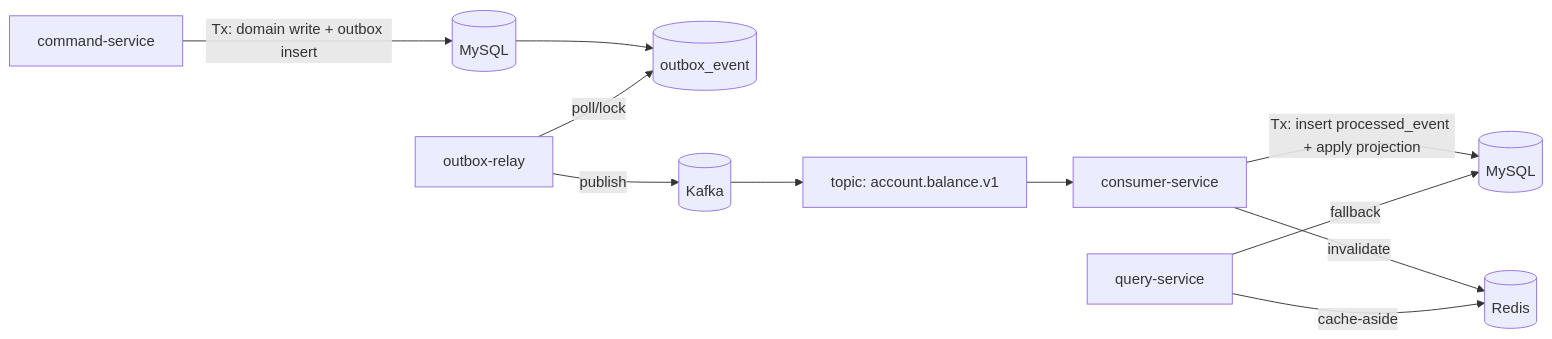
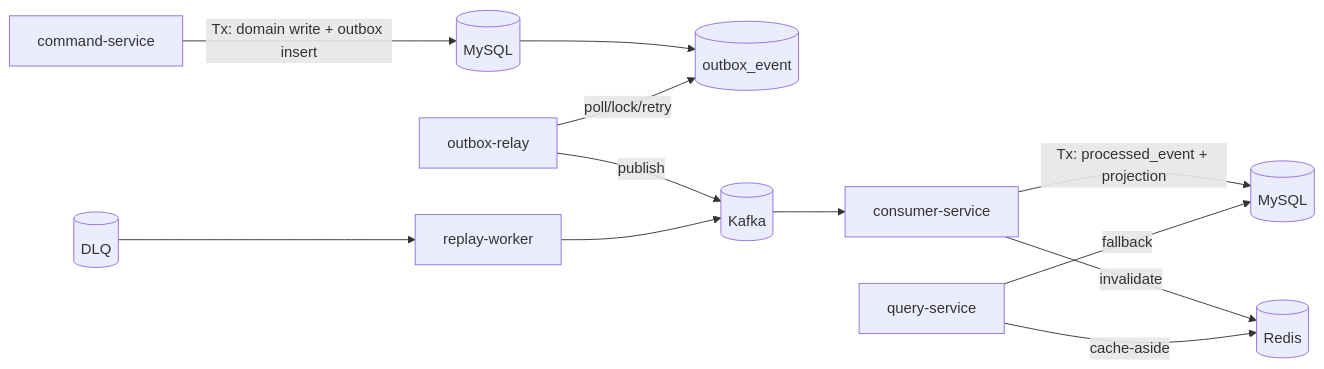
Before and after one commit to devOceanblue/distributed-systems-reliability-lab: the diagram in ARCHITECTURE.md, drawn with Mermaid. The commit also changed other lines of this file and 15 other files, not shown here.

Commit message:
docs: align core lab docs with current phase-0 status and backlog roadmap

````diff
--- a/ARCHITECTURE.md
+++ b/ARCHITECTURE.md
@@ -16,13 +13,14 @@
 ```mermaid
 flowchart LR
   CS[command-service] -->|Tx: domain write + outbox insert| DB[(MySQL)]
   DB --> OUT[(outbox_event)]
-  REL[outbox-relay] -->|poll/lock| OUT
+  REL[outbox-relay] -->|poll/lock/retry| OUT
   REL -->|publish| K[(Kafka)]
-  K --> TOP[topic: account.balance.v1]
-  TOP --> CON[consumer-service]
-  CON -->|Tx: insert processed_event + apply projection| DB2[(MySQL)]
+  K --> CON[consumer-service]
+  CON -->|Tx: processed_event + projection| DB2[(MySQL)]
   CON -->|invalidate| R[(Redis)]
   QS[query-service] -->|cache-aside| R
   QS -->|fallback| DB2
+  DLQ[(DLQ)] --> RP[replay-worker]
+  RP --> K
 ```
````
